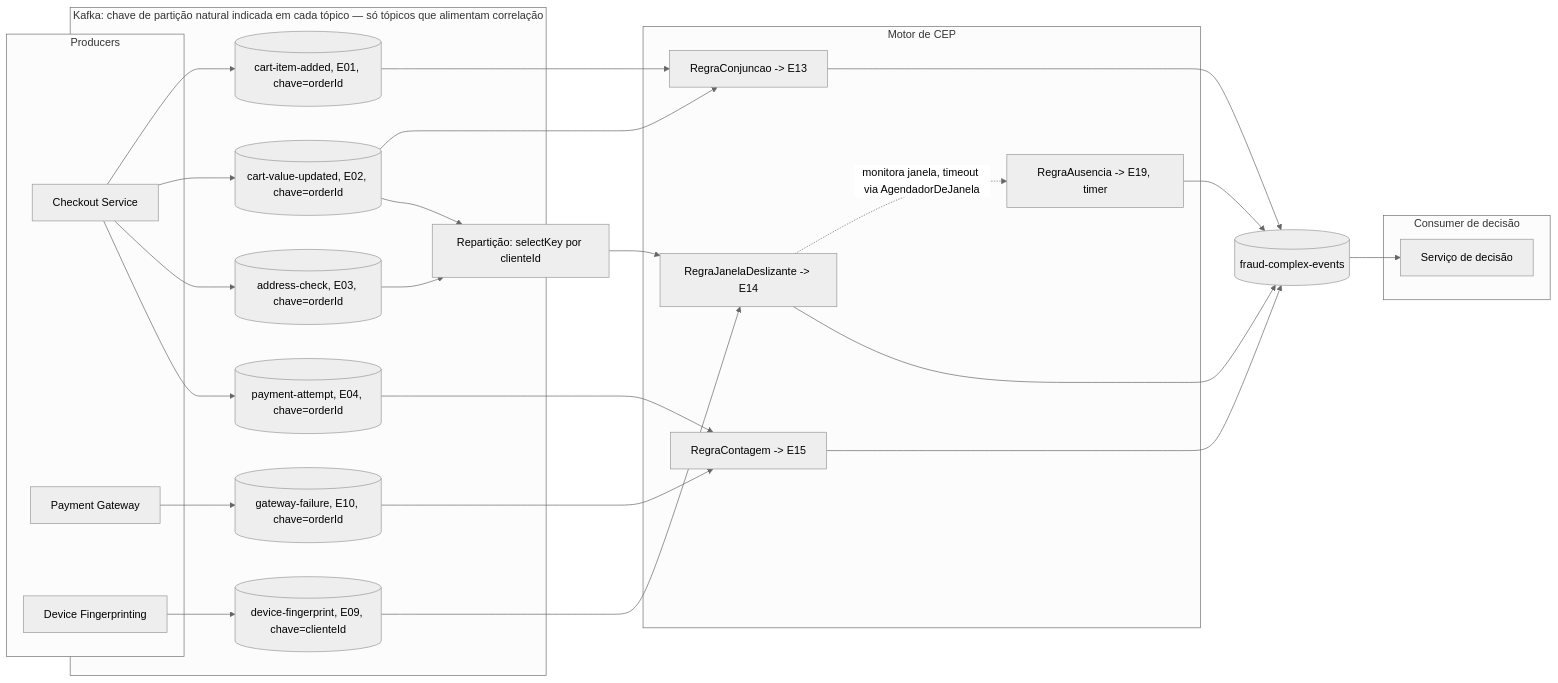
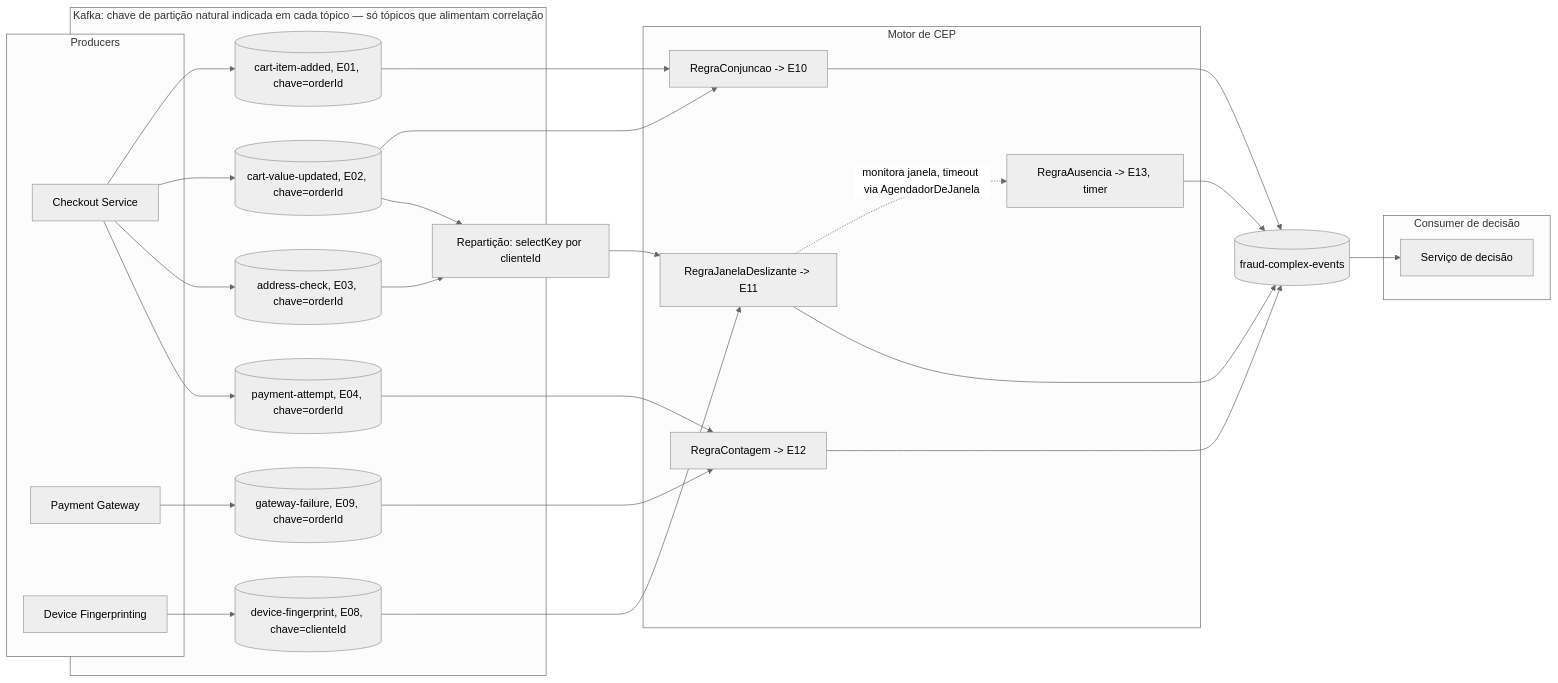
One commit to AndreLobo1/scsdscd changed the second of 6 diagrams in ponderada-cep-antifraude.md. Above: the diagram before and after it, drawn with Mermaid (neutral theme). The commit also changed other lines of this file, not shown here.

````diff
--- a/ponderada-cep-antifraude.md
+++ b/ponderada-cep-antifraude.md
@@ -185,56 +183,56 @@
 ```mermaid
 flowchart LR
     subgraph Producers["Producers"]
         A1[Checkout Service]
         A2[Payment Gateway]
         A3[Device Fingerprinting]
     end
 
     subgraph Topicos["Kafka: chave de partição natural indicada em cada tópico — só tópicos que alimentam correlação"]
         T1[(cart-item-added, E01, chave=orderId)]
         T2[(cart-value-updated, E02, chave=orderId)]
         T3[(address-check, E03, chave=orderId)]
         T4[(payment-attempt, E04, chave=orderId)]
-        T6[(device-fingerprint, E09, chave=clienteId)]
-        T8[(gateway-failure, E10, chave=orderId)]
+        T6[(device-fingerprint, E08, chave=clienteId)]
+        T8[(gateway-failure, E09, chave=orderId)]
     end
 
     RK1[Repartição: selectKey por clienteId]
 
     subgraph CEPSingle["Motor de CEP"]
-        P13[RegraConjuncao -> E13]
-        P14[RegraJanelaDeslizante -> E14]
-        P19[RegraAusencia -> E19, timer]
-        P15[RegraContagem -> E15]
+        P10[RegraConjuncao -> E10]
+        P11[RegraJanelaDeslizante -> E11]
+        P13[RegraAusencia -> E13, timer]
+        P12[RegraContagem -> E12]
     end
 
     S1[(fraud-complex-events)]
 
     subgraph Consumers["Consumer de decisão"]
         D1[Serviço de decisão]
     end
 
     A1 --> T1
     A1 --> T2
     A1 --> T3
     A1 --> T4
     A2 --> T8
     A3 --> T6
 
-    T1 --> P13
-    T2 --> P13
-    T6 --> P14
+    T1 --> P10
+    T2 --> P10
+    T6 --> P11
     T3 --> RK1
     T2 --> RK1
-    RK1 --> P14
-    P14 -.->|monitora janela, timeout via AgendadorDeJanela| P19
-    T4 --> P15
-    T8 --> P15
+    RK1 --> P11
+    P11 -.->|monitora janela, timeout via AgendadorDeJanela| P13
+    T4 --> P12
+    T8 --> P12
 
+    P10 --> S1
+    P11 --> S1
     P13 --> S1
-    P14 --> S1
-    P19 --> S1
-    P15 --> S1
+    P12 --> S1
 
     S1 --> D1
 ```
````
